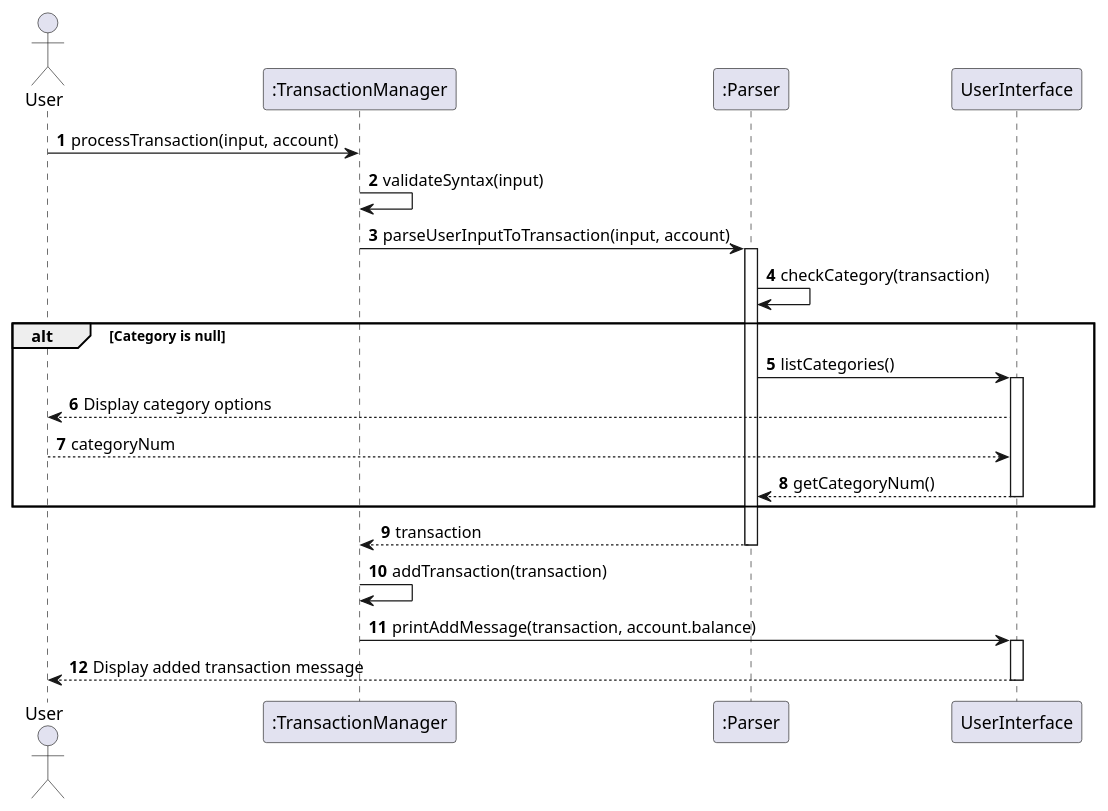
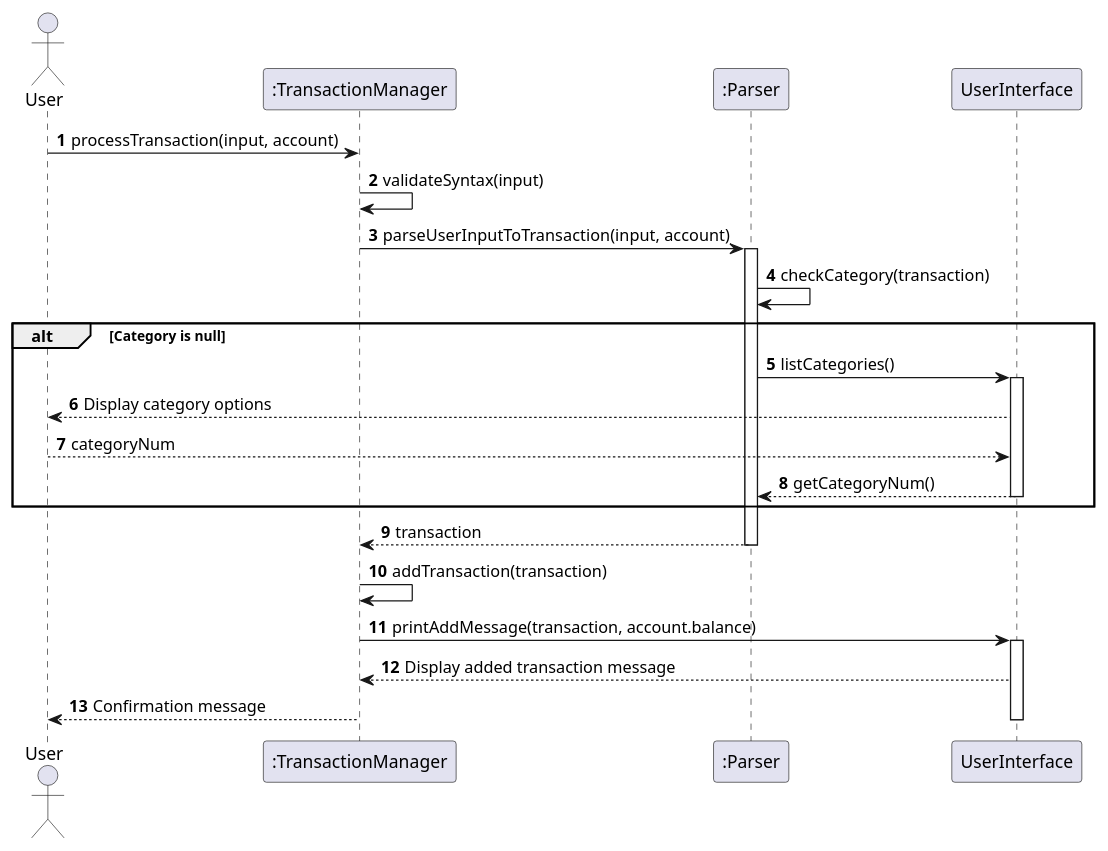
One commit to Vavinan/tp changed the diagram in docs/diagrams/addTransaction.puml. Above: the diagram before and after it, drawn with PlantUML. The commit also changed 7 other files, not shown here.

```diff
--- a/docs/diagrams/addTransaction.puml
+++ b/docs/diagrams/addTransaction.puml
@@ -1,35 +1,36 @@
 @startuml
 'https://plantuml.com/sequence-diagram
 
 autonumber
 
 actor User
 participant ":TransactionManager" as TM
 participant ":Parser" as P
 participant "UserInterface" as UI
 
 User -> TM: processTransaction(input, account)
 TM -> TM: validateSyntax(input)
 TM -> P: parseUserInputToTransaction(input, account)
 activate P
 P -> P: checkCategory(transaction)
 
 alt Category is null
     P -> UI: listCategories()
     activate UI
     UI --> User: Display category options
     User --> UI: categoryNum
     UI --> P: getCategoryNum()
     deactivate UI
 end
 
 P --> TM: transaction
 deactivate P
 
 
 TM -> TM: addTransaction(transaction)
 TM -> UI: printAddMessage(transaction, account.balance)
 activate UI
-UI --> User: Display added transaction message
+UI --> TM : Display added transaction message
+TM --> User: Confirmation message
 deactivate UI
 @enduml
```
